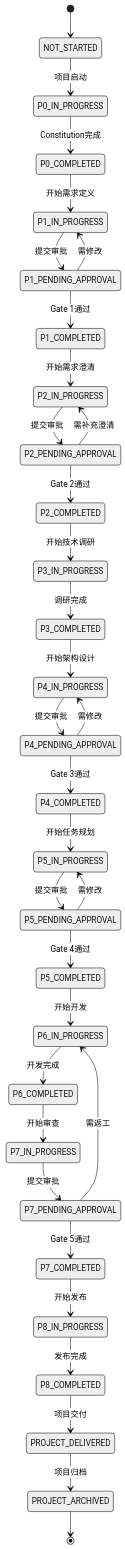
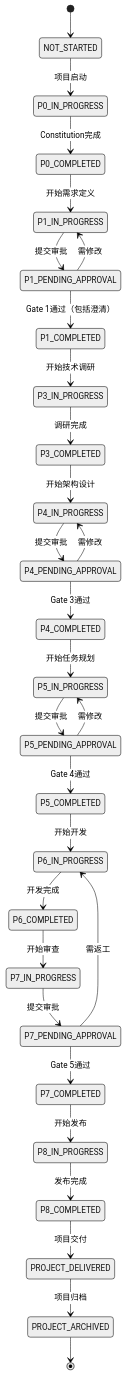
One commit to chenchiyuan/powerby-skills changed the second of 2 diagrams in docs/powerby-lifecycle-framework.md. Above: the diagram before and after it, drawn with Mermaid (neutral theme). The commit also changed other lines of this file and 1 other file, not shown here.

````diff
--- a/docs/powerby-lifecycle-framework.md
+++ b/docs/powerby-lifecycle-framework.md
@@ -766,45 +769,40 @@
 ```mermaid
 stateDiagram-v2
     [*] --> NOT_STARTED
     NOT_STARTED --> P0_IN_PROGRESS: 项目启动
 
     P0_IN_PROGRESS --> P0_COMPLETED: Constitution完成
     P0_COMPLETED --> P1_IN_PROGRESS: 开始需求定义
 
     P1_IN_PROGRESS --> P1_PENDING_APPROVAL: 提交审批
     P1_PENDING_APPROVAL --> P1_IN_PROGRESS: 需修改
-    P1_PENDING_APPROVAL --> P1_COMPLETED: Gate 1通过
+    P1_PENDING_APPROVAL --> P1_COMPLETED: Gate 1通过（包括澄清）
 
-    P1_COMPLETED --> P2_IN_PROGRESS: 开始需求澄清
-    P2_IN_PROGRESS --> P2_PENDING_APPROVAL: 提交审批
-    P2_PENDING_APPROVAL --> P2_IN_PROGRESS: 需补充澄清
-    P2_PENDING_APPROVAL --> P2_COMPLETED: Gate 2通过
-
-    P2_COMPLETED --> P3_IN_PROGRESS: 开始技术调研
+    P1_COMPLETED --> P3_IN_PROGRESS: 开始技术调研
     P3_IN_PROGRESS --> P3_COMPLETED: 调研完成
 
     P3_COMPLETED --> P4_IN_PROGRESS: 开始架构设计
     P4_IN_PROGRESS --> P4_PENDING_APPROVAL: 提交审批
     P4_PENDING_APPROVAL --> P4_IN_PROGRESS: 需修改
     P4_PENDING_APPROVAL --> P4_COMPLETED: Gate 3通过
 
     P4_COMPLETED --> P5_IN_PROGRESS: 开始任务规划
     P5_IN_PROGRESS --> P5_PENDING_APPROVAL: 提交审批
     P5_PENDING_APPROVAL --> P5_IN_PROGRESS: 需修改
     P5_PENDING_APPROVAL --> P5_COMPLETED: Gate 4通过
 
     P5_COMPLETED --> P6_IN_PROGRESS: 开始开发
     P6_IN_PROGRESS --> P6_COMPLETED: 开发完成
 
     P6_COMPLETED --> P7_IN_PROGRESS: 开始审查
     P7_IN_PROGRESS --> P7_PENDING_APPROVAL: 提交审批
     P7_PENDING_APPROVAL --> P6_IN_PROGRESS: 需返工
     P7_PENDING_APPROVAL --> P7_COMPLETED: Gate 5通过
 
     P7_COMPLETED --> P8_IN_PROGRESS: 开始发布
     P8_IN_PROGRESS --> P8_COMPLETED: 发布完成
 
     P8_COMPLETED --> PROJECT_DELIVERED: 项目交付
     PROJECT_DELIVERED --> PROJECT_ARCHIVED: 项目归档
     PROJECT_ARCHIVED --> [*]
 ```
````
